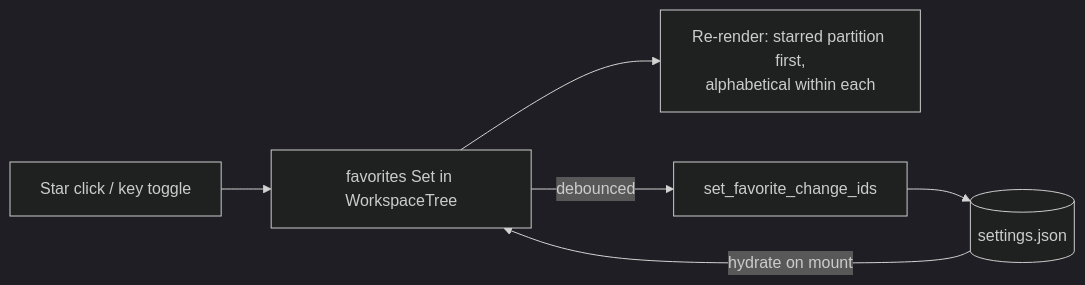
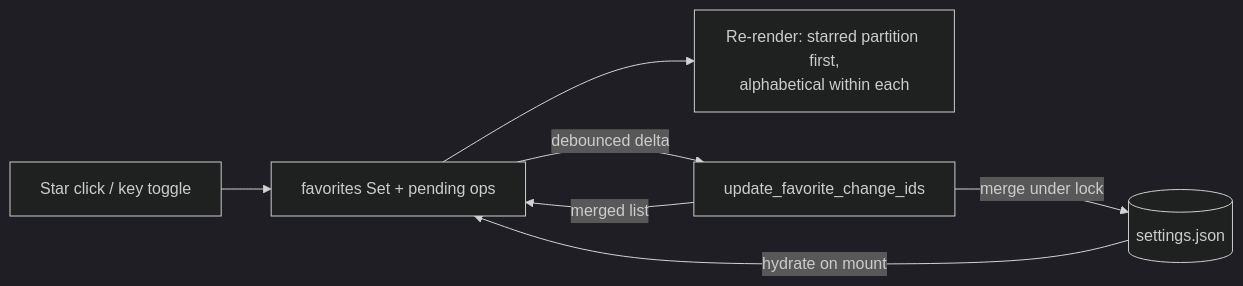
One commit to avantmedialtd/specforge changed the diagram in openspec/changes/favorite-changes/proposal.md. Above: the diagram before and after it, drawn with Mermaid (dark theme). The commit also changed other lines of this file and 11 other files, not shown here.

First line of the commit message:
Harden favorites persistence and the star toggle per code review

````diff
--- a/openspec/changes/favorite-changes/proposal.md
+++ b/openspec/changes/favorite-changes/proposal.md
@@ -14,8 +14,9 @@
 ```mermaid
 flowchart LR
-    click[Star click / key toggle] --> set[favorites Set in WorkspaceTree]
+    click[Star click / key toggle] --> set[favorites Set + pending ops]
     set --> render[Re-render: starred partition first,\nalphabetical within each]
-    set -- debounced --> cmd[set_favorite_change_ids]
-    cmd --> json[(settings.json)]
+    set -- debounced delta --> cmd[update_favorite_change_ids]
+    cmd -- merge under lock --> json[(settings.json)]
+    cmd -- merged list --> set
     json -- hydrate on mount --> set
 ```
````
